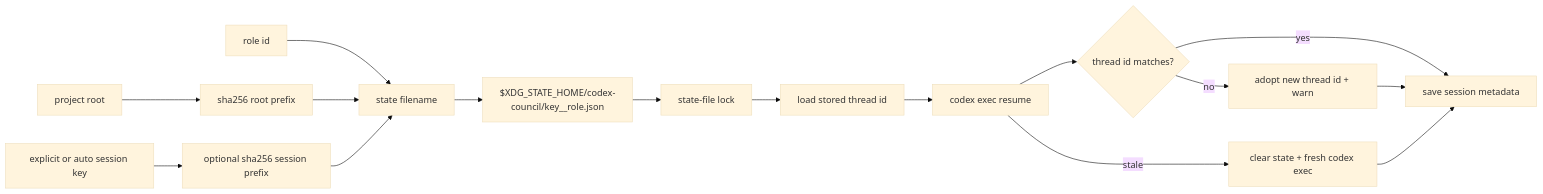
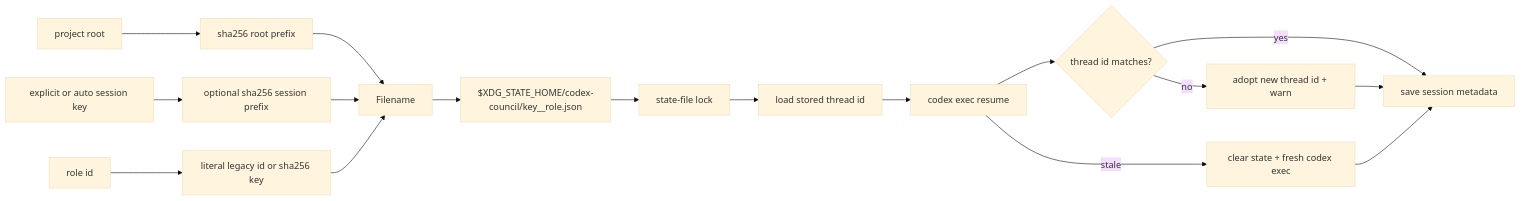
The third of 3 diagrams in DESIGN.md (ehzawad/codex-council), drawn with Mermaid (base theme) before and after one commit. The commit also changed other lines of this file and 5 other files, not shown here.

````diff
--- a/DESIGN.md
+++ b/DESIGN.md
@@ -109,19 +116,20 @@
 ```mermaid
 flowchart LR
     Root["project root"] --> RootHash["sha256 root prefix"]
     Env["explicit or auto session key"] --> SessionHash["optional sha256 session prefix"]
-    Role["role id"] --> Filename["state filename"]
+    Role["role id"] --> RoleKey["literal legacy id or sha256 key"]
 
     RootHash --> Filename
     SessionHash --> Filename
+    RoleKey --> Filename
     Filename --> State["$XDG_STATE_HOME/codex-council/key__role.json"]
     State --> Lock["state-file lock"]
     Lock --> Load["load stored thread id"]
     Load --> Resume["codex exec resume"]
     Resume --> Match{"thread id matches?"}
     Match -->|yes| Save["save session metadata"]
     Match -->|no| Adopt["adopt new thread id + warn"]
     Adopt --> Save
     Resume -->|stale| Fresh["clear state + fresh codex exec"]
     Fresh --> Save
 ```
````
